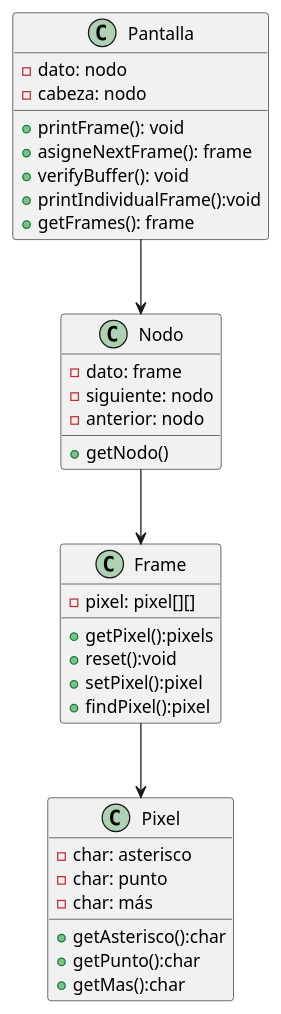
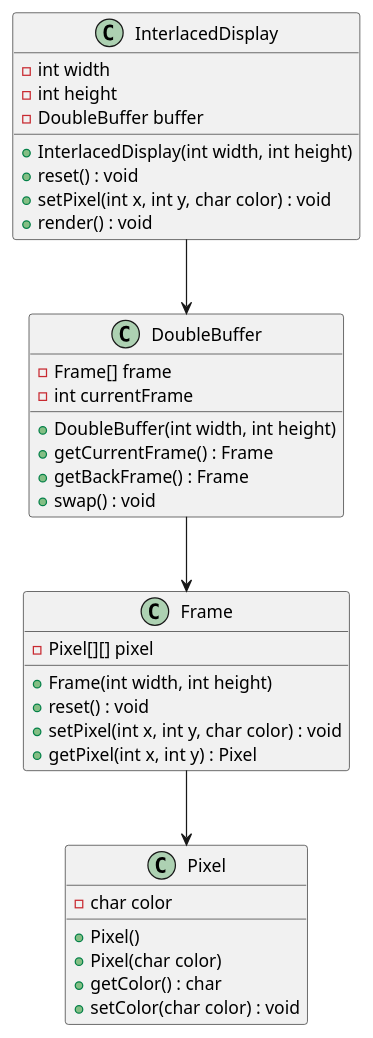
The diagram in entregas/img/Ejercicio_1.plantuml (mmasias/24-25-EDA2), drawn with PlantUML before and after one commit. The commit also changed 8 other files, not shown here.

```diff
--- a/entregas/img/Ejercicio_1.plantuml
+++ b/entregas/img/Ejercicio_1.plantuml
@@ -1,39 +1,42 @@
 @startuml
-class Pantalla {
-    - dato: nodo
-    - cabeza: nodo
-    + printFrame(): void
-    + asigneNextFrame(): frame
-    + verifyBuffer(): void
-    + printIndividualFrame():void
-    + getFrames(): frame
+
+class InterlacedDisplay {
+  - int width
+  - int height
+  - DoubleBuffer buffer
+  + InterlacedDisplay(int width, int height)
+  + reset() : void
+  + setPixel(int x, int y, char color) : void
+  + render() : void
 }
 
-class Nodo {
-    - dato: frame
-    - siguiente: nodo
-    - anterior: nodo
-    + getNodo()
+class DoubleBuffer {
+  - Frame[] frame
+  - int currentFrame
+  + DoubleBuffer(int width, int height)
+  + getCurrentFrame() : Frame
+  + getBackFrame() : Frame
+  + swap() : void
 }
 
 class Frame {
-    - pixel: pixel[][]
-    + getPixel():pixels
-    + reset():void
-    + setPixel():pixel
-    + findPixel():pixel
+  - Pixel[][] pixel
+  + Frame(int width, int height)
+  + reset() : void
+  + setPixel(int x, int y, char color) : void
+  + getPixel(int x, int y) : Pixel
 }
 
 class Pixel {
-    - char: asterisco
-    - char: punto
-    - char: más
-    + getAsterisco():char
-    + getPunto():char
-    + getMas():char
+  - char color
+  + Pixel()
+  + Pixel(char color)
+  + getColor() : char
+  + setColor(char color) : void
 }
 
-Pantalla --> Nodo
-Nodo --> Frame
-Frame --> Pixel
+InterlacedDisplay -down-> DoubleBuffer 
+DoubleBuffer -down-> Frame 
+Frame -down-> Pixel 
+
 @enduml
```
